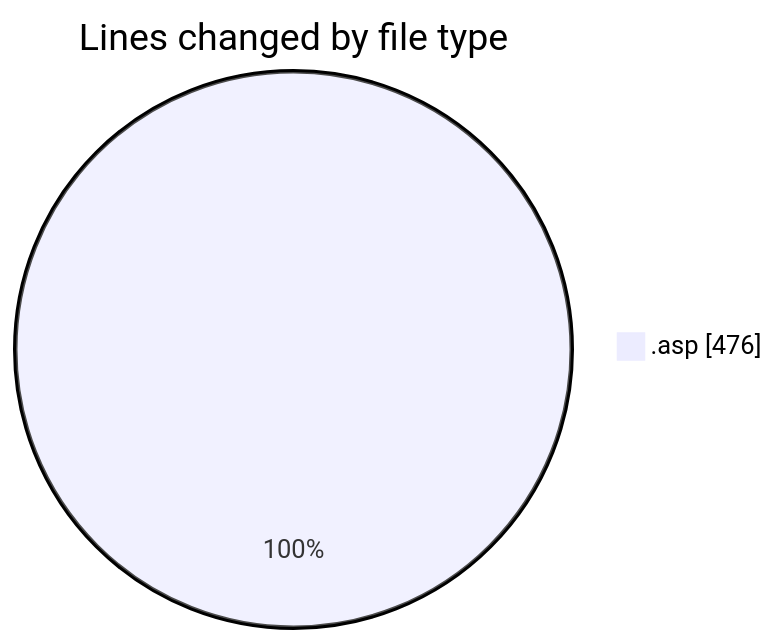
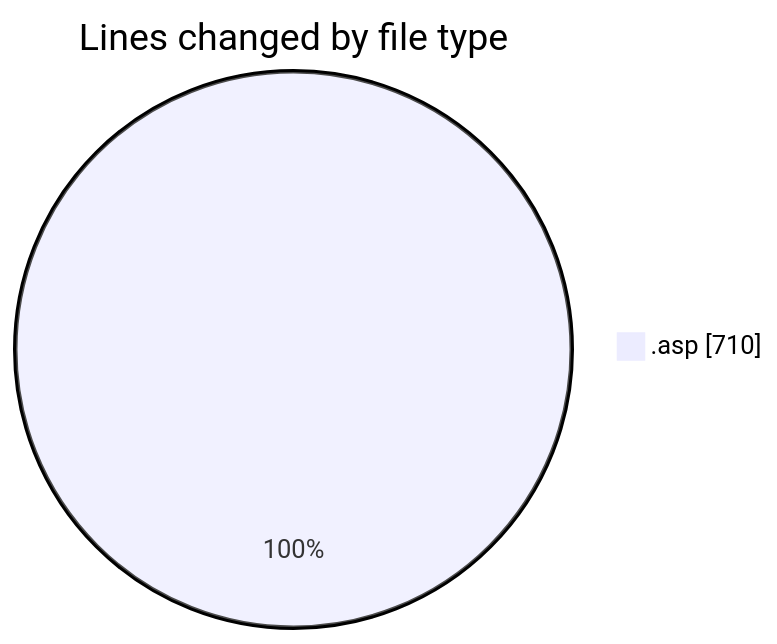
The first of 2 diagrams in 2025-10-28/usr_aleoudev_fr__workspace_/README.md (julien-gomy/code-tracking), drawn with Mermaid before and after one commit. The commit also changed other lines of this file and 1 other file, not shown here.

````diff
--- a/2025-10-28/usr_aleoudev_fr__workspace_/README.md
+++ b/2025-10-28/usr_aleoudev_fr__workspace_/README.md
@@ -22,5 +22,5 @@
 ```mermaid
 pie showData
 title Lines changed by file type
-".asp" : 476
+".asp" : 710
 ```
````
